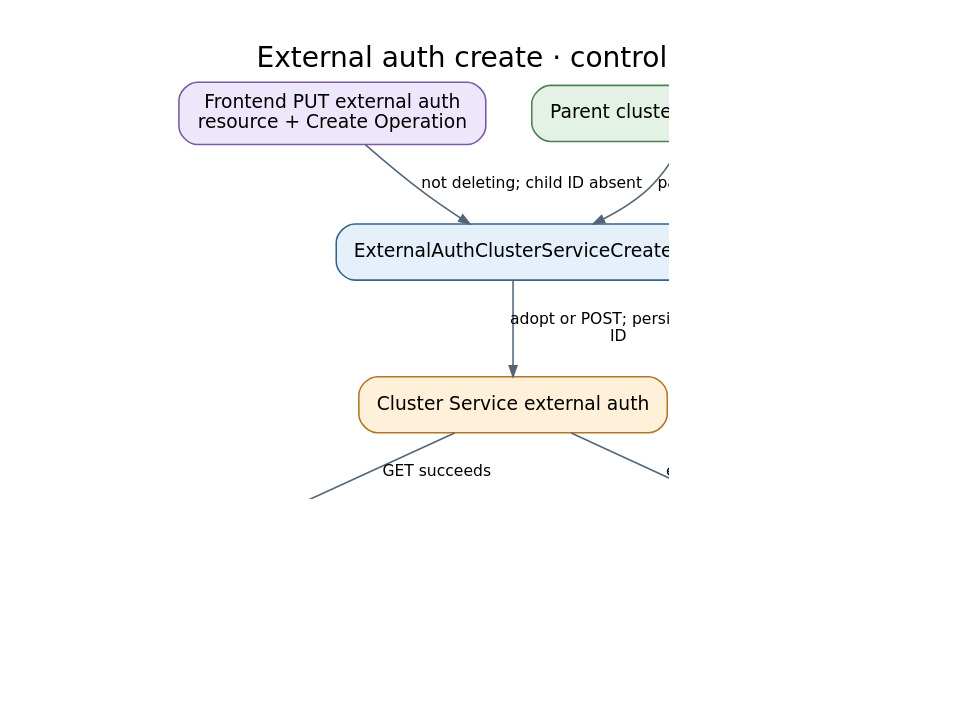
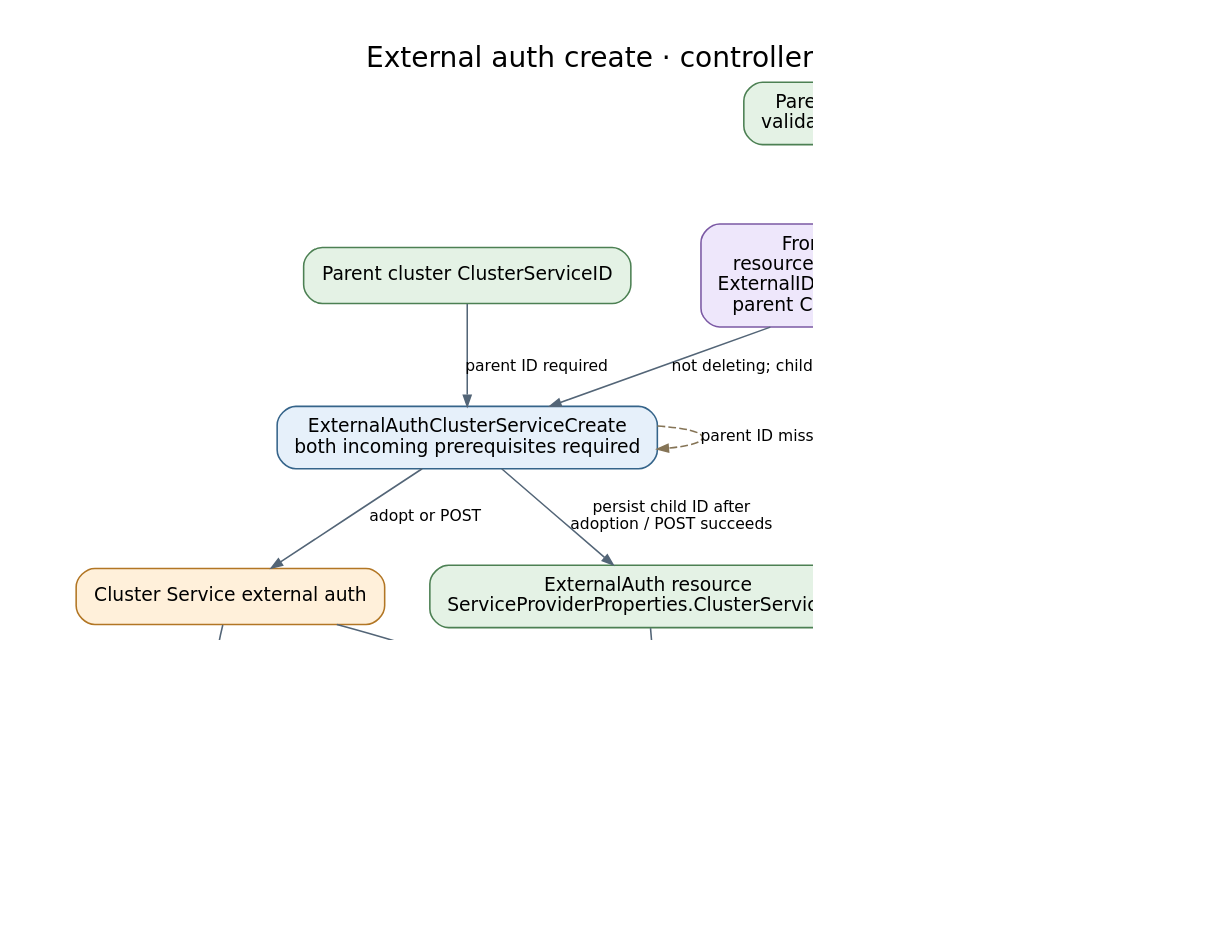
The diagram in docs/diagrams/controller-flows/externalauth-create.dot (Azure/ARO-HCP), drawn with Graphviz before and after one commit. The commit also changed 4 other files, not shown here.

Commit message:
docs: update external auth Cosmos data flow and diagrams

```diff
--- a/docs/diagrams/controller-flows/externalauth-create.dot
+++ b/docs/diagrams/controller-flows/externalauth-create.dot
@@ -1,19 +1,26 @@
 digraph externalauth_create {
   graph [rankdir=TB, bgcolor="white", pad="0.3", nodesep="0.4", ranksep="0.55", fontname="DejaVu Sans", fontsize=18, labelloc=t, label="External auth create · controller flow", dpi=110];
   node [shape=box, style="rounded,filled", fillcolor="#e6f0fa", color="#35648a", fontname="DejaVu Sans", fontsize=12, margin="0.16,0.10"];
   edge [color="#536577", fontname="DejaVu Sans", fontsize=10, arrowsize=0.7];
-  api [label="Frontend PUT external auth\nresource + Create Operation", fillcolor="#eee7fb", color="#7b59a4"];
+  api [label="Frontend PUT external auth\nresource + Create Operation (atomic)\nExternalID = ARM ID; InternalID = empty\nparent Cluster Service ID not required", fillcolor="#eee7fb", color="#7b59a4"];
+  exists [label="Parent Cosmos cluster exists\nvalidation / conflict checks pass", fillcolor="#e4f2e5", color="#4c8053"];
   parent [label="Parent cluster ClusterServiceID", fillcolor="#e4f2e5", color="#4c8053"];
-  create [label="ExternalAuthClusterServiceCreate", fillcolor="#e6f0fa", color="#35648a"];
+  create [label="ExternalAuthClusterServiceCreate\nboth incoming prerequisites required", fillcolor="#e6f0fa", color="#35648a"];
+  child [label="ExternalAuth resource\nServiceProviderProperties.ClusterServiceID", fillcolor="#e4f2e5", color="#4c8053"];
   cs [label="Cluster Service external auth", fillcolor="#fff0da", color="#b27624"];
-  op [label="OperationExternalAuthCreate", fillcolor="#e6f0fa", color="#35648a"];
+  op [label="OperationExternalAuthCreate\nmatching active operation + resource ID\n+ successful Cluster Service GET", fillcolor="#e6f0fa", color="#35648a"];
   done [label="ARM Create Operation Succeeded", fillcolor="#e4f2e5", color="#4c8053"];
   external [label="Downstream authentication rollout\nmanaged outside this poller", fillcolor="#fff0da", color="#b27624"];
+  exists -> api [label="frontend prerequisites"];
   api -> create [label="not deleting; child ID absent"];
   parent -> create [label="parent ID required"];
-  create -> cs [label="adopt or POST; persist child\nID"];
+  create -> create [label="parent ID missing: retry", style=dashed, color="#857456", constraint=false];
+  create -> cs [label="adopt or POST"];
+  create -> child [label="persist child ID after\nadoption / POST succeeds"];
+  api -> op [label="Operation.ExternalID locates\nresource; ActiveOperationID matches"];
+  child -> op [label="read ID from resource"];
   cs -> op [label="GET succeeds"];
   op -> done [label="resource existence confirms\ncompletion"];
   cs -> external [label="external desired configuration"];
   op -> op [label="pending: observe again", style=dashed, color="#857456", constraint=false];
 }
```
